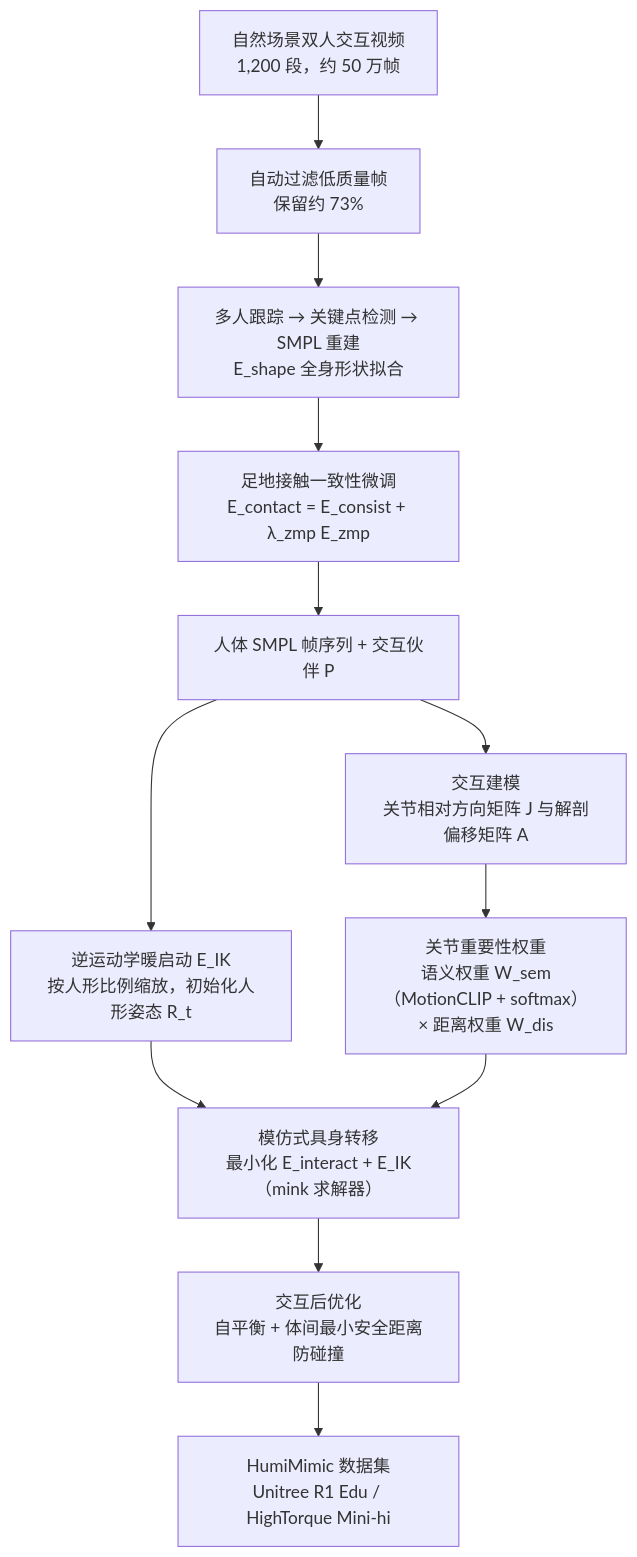
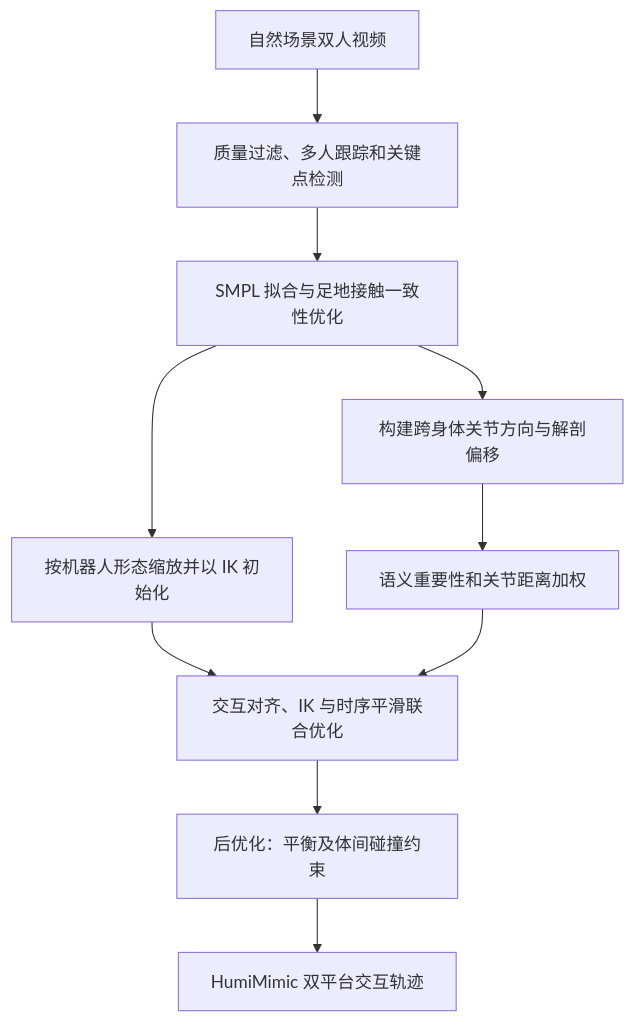
Before and after one commit to ImChong/Robotics_Notebooks: the diagram in wiki/entities/paper-humimic-human-humanoid-interaction-video.md, drawn with Mermaid. The commit also changed other lines of this file, not shown here.

````diff
--- a/wiki/entities/paper-humimic-human-humanoid-interaction-video.md
+++ b/wiki/entities/paper-humimic-human-humanoid-interaction-video.md
@@ -41,14 +52,12 @@
 ```mermaid
 flowchart TD
-  A["自然场景双人交互视频<br/>1,200 段，约 50 万帧"] --> B["自动过滤低质量帧<br/>保留约 73%"]
-  B --> C["多人跟踪 → 关键点检测 → SMPL 重建<br/>E_shape 全身形状拟合"]
-  C --> D["足地接触一致性微调<br/>E_contact = E_consist + λ_zmp E_zmp"]
-  D --> E["人体 SMPL 帧序列 + 交互伙伴 P"]
-  E --> F["逆运动学暖启动 E_IK<br/>按人形比例缩放，初始化人形姿态 R_t"]
-  E --> G["交互建模<br/>关节相对方向矩阵 J 与解剖偏移矩阵 A"]
-  G --> H["关节重要性权重<br/>语义权重 W_sem（MotionCLIP + softmax）× 距离权重 W_dis"]
-  F --> I["模仿式具身转移<br/>最小化 E_interact + E_IK（mink 求解器）"]
-  H --> I
-  I --> J["交互后优化<br/>自平衡 + 体间最小安全距离防碰撞"]
-  J --> K["HumiMimic 数据集<br/>Unitree R1 Edu / HighTorque Mini-hi"]
+  A["自然场景双人视频"] --> B["质量过滤、多人跟踪和关键点检测"]
+  B --> C["SMPL 拟合与足地接触一致性优化"]
+  C --> D["按机器人形态缩放并以 IK 初始化"]
+  C --> E["构建跨身体关节方向与解剖偏移"]
+  E --> F["语义重要性和关节距离加权"]
+  D --> G["交互对齐、IK 与时序平滑联合优化"]
+  F --> G
+  G --> H["后优化：平衡及体间碰撞约束"]
+  H --> I["HumiMimic 双平台交互轨迹"]
 ```
````
